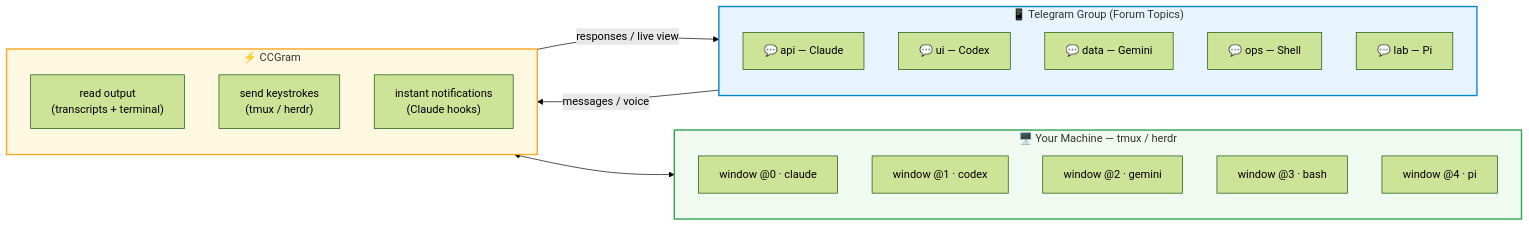
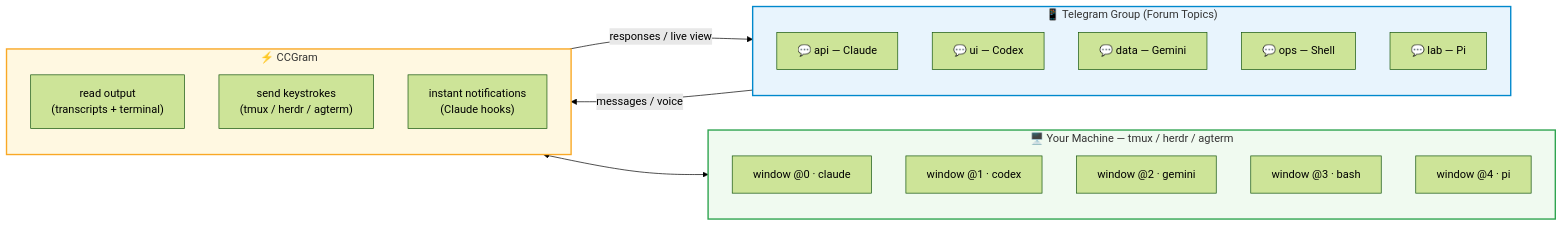
Before and after one commit to alexei-led/ccgram: the diagram in README.md, drawn with Mermaid (forest theme). The commit also changed other lines of this file and 12 other files, not shown here.

````diff
--- a/README.md
+++ b/README.md
@@ -23,35 +23,35 @@
 ```mermaid
 graph LR
   subgraph phone["📱 Telegram Group (Forum Topics)"]
     direction TB
     T1["💬 api — Claude"]
     T2["💬 ui — Codex"]
     T3["💬 data — Gemini"]
     T4["💬 ops — Shell"]
     T5["💬 lab — Pi"]
   end
 
   subgraph bridge["⚡ CCGram"]
     direction TB
     B1["read output\n(transcripts + terminal)"]
-    B2["send keystrokes\n(tmux / herdr)"]
+    B2["send keystrokes\n(tmux / herdr / agterm)"]
     B3["instant notifications\n(Claude hooks)"]
   end
 
-  subgraph machine["🖥️ Your Machine — tmux / herdr"]
+  subgraph machine["🖥️ Your Machine — tmux / herdr / agterm"]
     direction TB
     W1["window @0 · claude"]
     W2["window @1 · codex"]
     W3["window @2 · gemini"]
     W4["window @3 · bash"]
     W5["window @4 · pi"]
   end
 
   phone -- "messages / voice" --> bridge
   bridge -- "responses / live view" --> phone
   bridge <--> machine
 
   style phone fill:#e8f4fd,stroke:#0088cc,stroke-width:2px,color:#333
   style bridge fill:#fff8e1,stroke:#f9a825,stroke-width:2px,color:#333
   style machine fill:#f0faf0,stroke:#2ea44f,stroke-width:2px,color:#333
 ```
````
